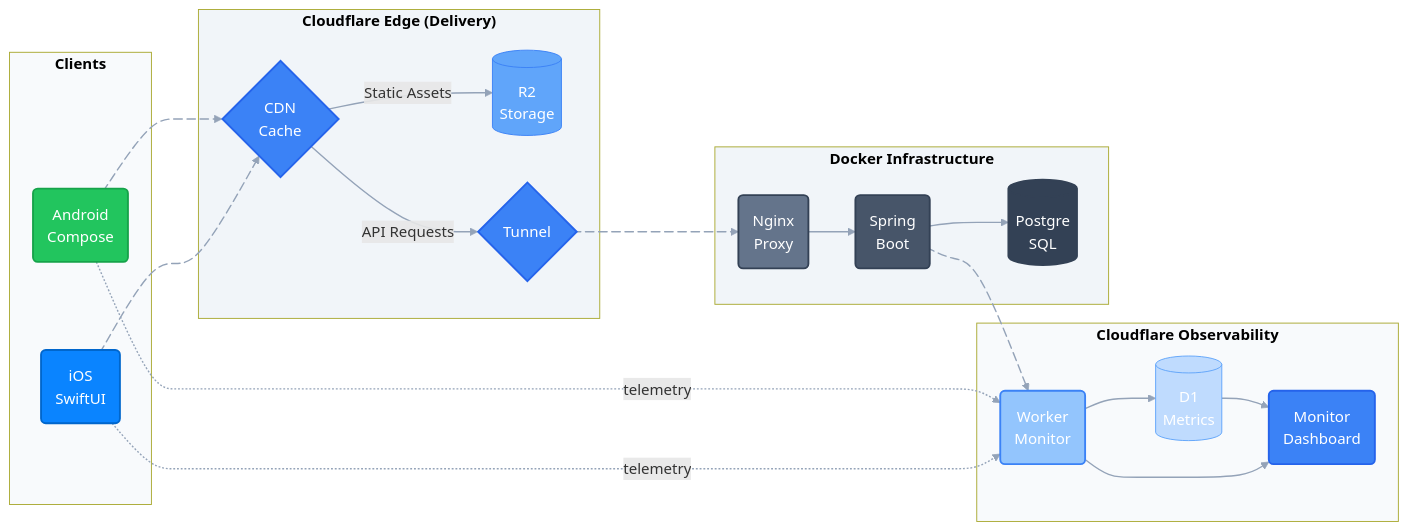
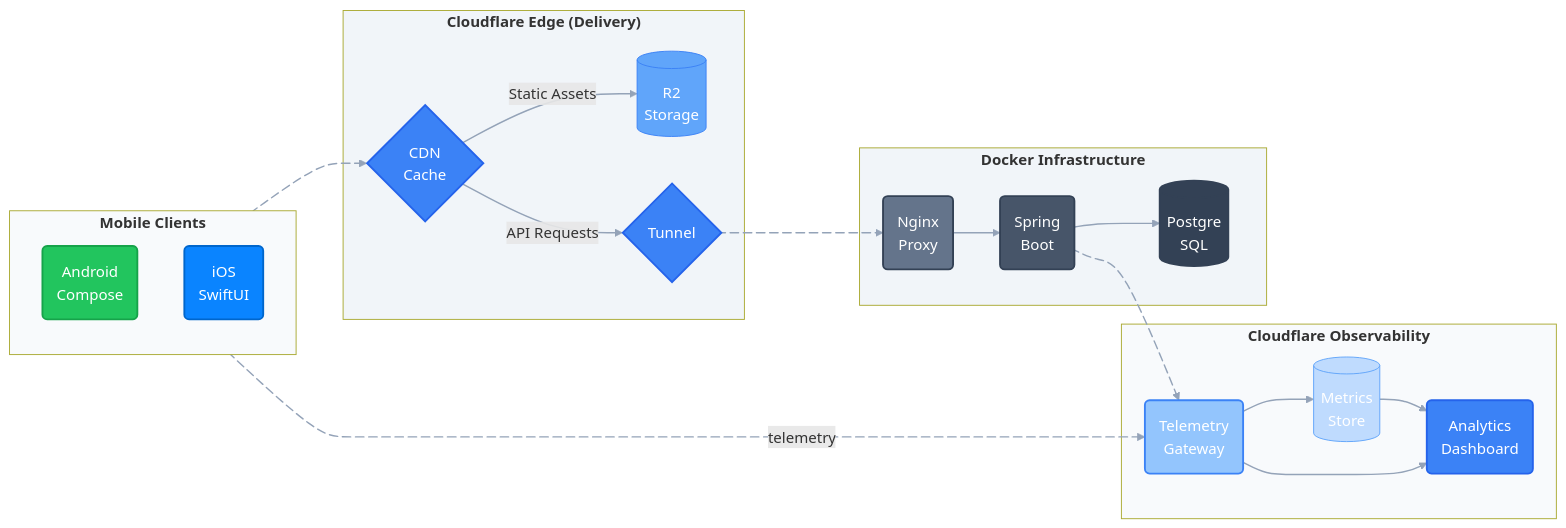
One commit to susui888/susui888 changed the diagram in README.md. Above: the diagram before and after it, drawn with Mermaid.

Commit message:
Refactor flowchart structure and client links
Updated flowchart labels and links in README.md.

````diff
--- a/README.md
+++ b/README.md
@@ -19,43 +19,34 @@
 ```mermaid
 flowchart LR
 
-                subgraph Clients ["<span style='color:#000'><b>Clients</b></span>"]
+                subgraph Clients ["`**Mobile Clients**`"]
                 A(Android<br>Compose)
                 B(iOS<br>SwiftUI)
                 end
 
-
-                subgraph CF1 ["<span style='color:#000'><b>Cloudflare Edge (Delivery)</b></span>"]
+                subgraph CF1 ["`**Cloudflare Edge (Delivery)**`"]
                 G1{CDN<br>Cache}
                 R2[(R2<br>Storage)]
                 C{Tunnel}
                 end
 
-
-                subgraph CF2 ["<span style='color:#000'><b>Cloudflare Observability</b></span>"]
-                W(Worker<br>Monitor)
-                D1[(D1<br>Metrics)]
-                MON(Monitor<br>Dashboard)
+                subgraph CF2 ["`**Cloudflare Observability**`"]
+                W(Telemetry<br>Gateway)
+                D1[(Metrics<br>Store)]
+                MON(Analytics<br>Dashboard)
                 end
 
-
-                subgraph Docker ["<span style='color:#000'><b>Docker Infrastructure</b></span>"]
+                subgraph Docker ["`**Docker Infrastructure**`"]
                 D(Nginx<br>Proxy)
                 E(Spring<br>Boot)
                 H[(Postgre<br>SQL)]
                 end
 
-                click A "https://github.com/susui888/coollib-android"
-                click B "https://github.com/susui888/coollib-ios"
-                click E "https://github.com/susui888/CoolLeaf"
-                click W "https://github.com/susui888/coollib-dashboards"
-
                 %% =========================
                 %% FLOW
                 %% =========================
 
-                A e1@--> G1
-                B e2@--> G1
+                Clients e1@--> G1
 
                 G1 -- "Static Assets" --> R2
                 G1 -- "API Requests" --> C
@@ -70,8 +61,8 @@
                 D1 --> MON
                 W --> MON
 
-                A -. telemetry .-> W
-                B -. telemetry .-> W
+                Clients e2@-. telemetry .-> W
+
 
                 %% =========================
                 %% animations
@@ -127,4 +118,9 @@
                 %% =========================
 
                 linkStyle default stroke:#94a3b8,stroke-width:1.5px
+
+                click A "https://github.com/susui888/coollib-android"
+                click B "https://github.com/susui888/coollib-ios"
+                click E "https://github.com/susui888/CoolLeaf"
+                click W "https://github.com/susui888/coollib-dashboards"
 ```
````
